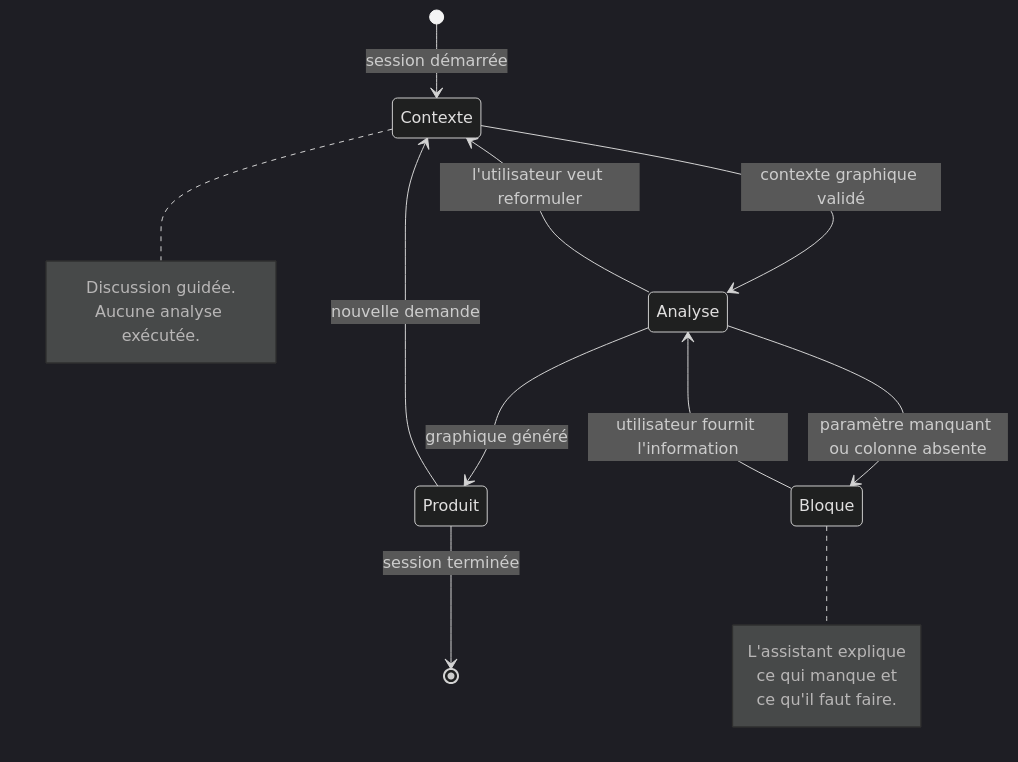
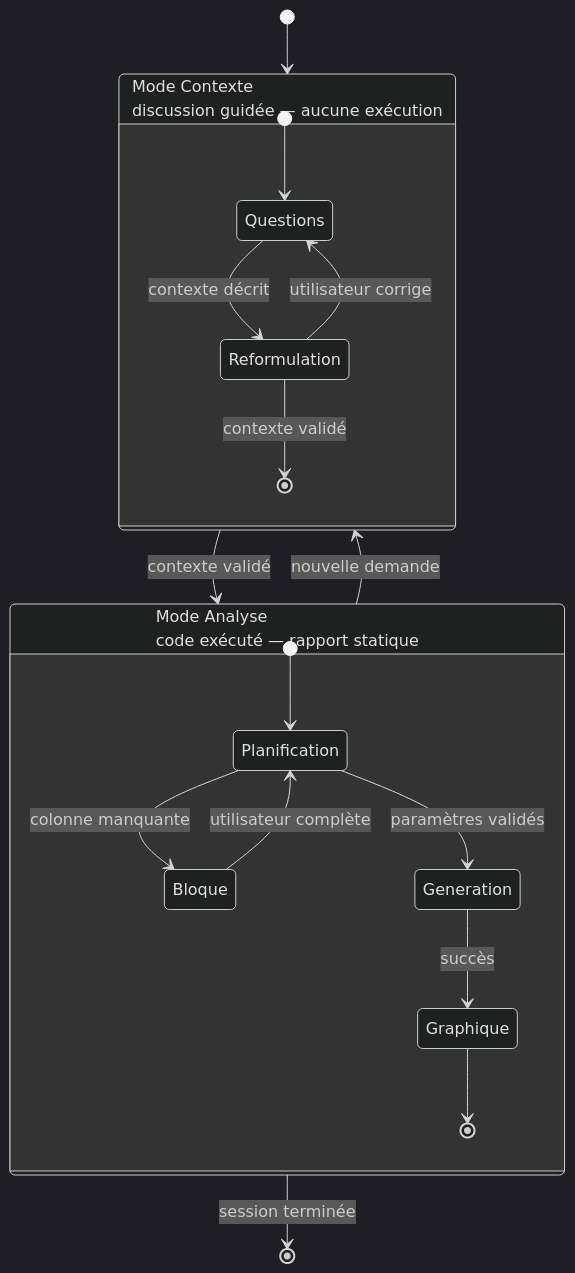
Before and after one commit to TidianeCisse777/assistant-copepodes-specs: the first of 3 diagrams in docs/PRD_IDEA_copepod.md, drawn with Mermaid (dark theme). The commit also changed other lines of this file and 1 other file, not shown here.

Commit message:
docs: clarify modes diagram with composite states
Replace flat stateDiagram with nested states showing Mode Contexte
(discussion guidée, aucune exécution) and Mode Analyse (code exécuté,
rapport statique) as distinct visual zones.

````diff
--- a/docs/PRD_IDEA_copepod.md
+++ b/docs/PRD_IDEA_copepod.md
@@ -84,25 +87,24 @@
 ```mermaid
 stateDiagram-v2
-    [*] --> Contexte : session démarrée
+    [*] --> MC
 
-    Contexte --> Analyse : contexte graphique validé
-    Analyse --> Contexte : l'utilisateur veut reformuler
+    state "Mode Contexte\ndiscussion guidée — aucune exécution" as MC {
+        [*] --> Questions
+        Questions --> Reformulation : contexte décrit
+        Reformulation --> Questions : utilisateur corrige
+        Reformulation --> [*] : contexte validé
+    }
 
-    Analyse --> Bloque : paramètre manquant ou colonne absente
-    Bloque --> Analyse : utilisateur fournit l'information
+    state "Mode Analyse\ncode exécuté — rapport statique" as MA {
+        [*] --> Planification
+        Planification --> Bloque : colonne manquante
+        Bloque --> Planification : utilisateur complète
+        Planification --> Generation : paramètres validés
+        Generation --> Graphique : succès
+        Graphique --> [*]
+    }
 
-    Analyse --> Produit : graphique généré
-    Produit --> Contexte : nouvelle demande
-    Produit --> [*] : session terminée
-
-    note right of Contexte
-        Discussion guidée.
-        Aucune analyse exécutée.
-    end note
-
-    note right of Bloque
-        L'assistant explique
-        ce qui manque et
-        ce qu'il faut faire.
-    end note
+    MC --> MA : contexte validé
+    MA --> MC : nouvelle demande
+    MA --> [*] : session terminée
 ```
````
